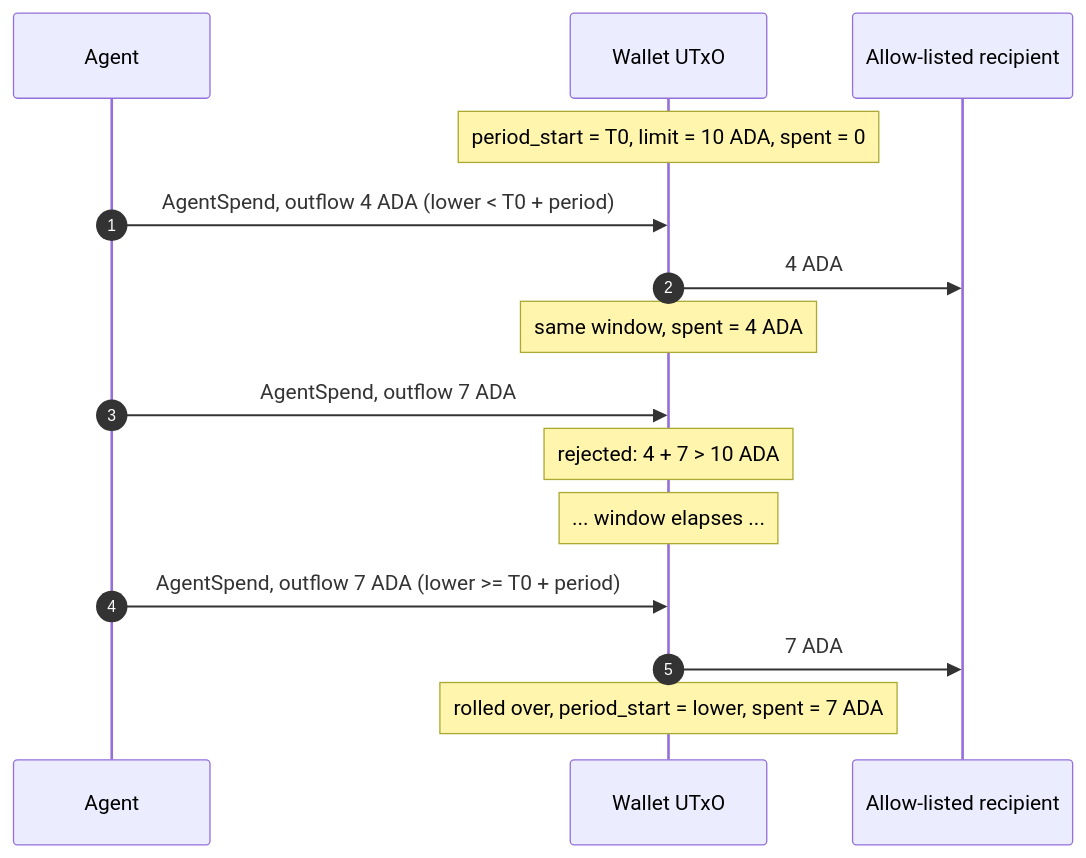
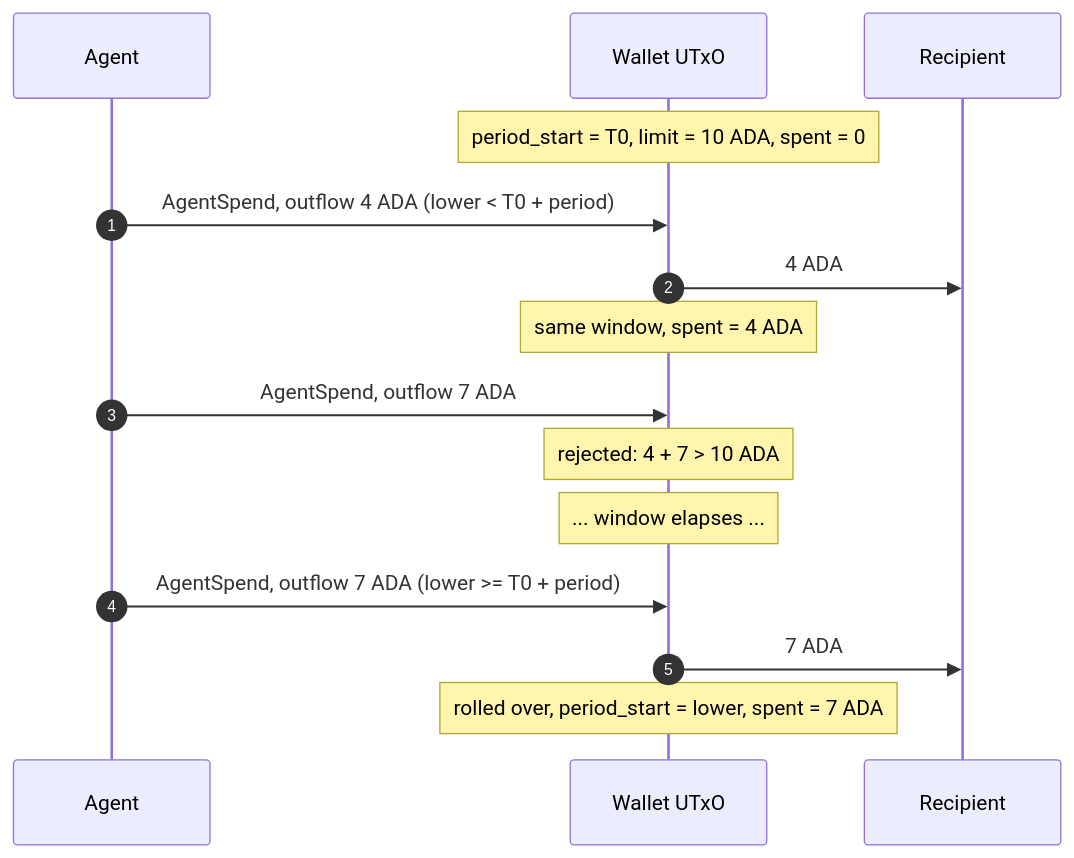
One commit to masumi-network/masumi-payment-service changed the second of 4 diagrams in smart-contracts/smart-wallet/wallet_lifecycle_diagram.md. Above: the diagram before and after it, drawn with Mermaid. The commit also changed other lines of this file and 1 other file, not shown here.

````diff
--- a/smart-contracts/smart-wallet/wallet_lifecycle_diagram.md
+++ b/smart-contracts/smart-wallet/wallet_lifecycle_diagram.md
@@ -36,20 +38,20 @@
 ```mermaid
 sequenceDiagram
     autonumber
     participant A as Agent
     participant W as Wallet UTxO
-    participant R as Allow-listed recipient
+    participant R as Recipient
 
     Note over W: period_start = T0, limit = 10 ADA, spent = 0
     A->>W: AgentSpend, outflow 4 ADA (lower < T0 + period)
     W->>R: 4 ADA
     Note over W: same window, spent = 4 ADA
 
     A->>W: AgentSpend, outflow 7 ADA
     Note over W: rejected: 4 + 7 > 10 ADA
 
     Note over W: ... window elapses ...
     A->>W: AgentSpend, outflow 7 ADA (lower >= T0 + period)
     W->>R: 7 ADA
     Note over W: rolled over, period_start = lower, spent = 7 ADA
 ```
````
